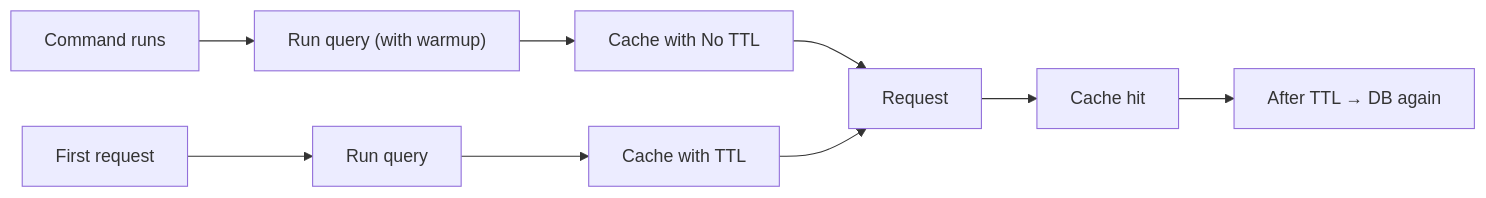
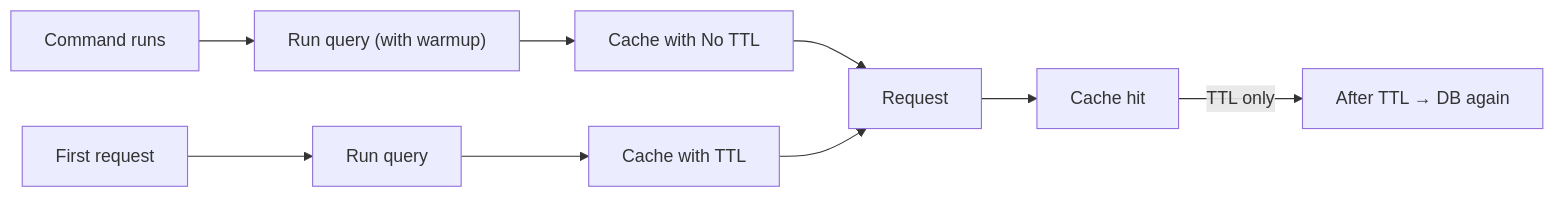
The diagram in README.md (CodeWithDennis/laravel-model-cache), drawn with Mermaid before and after one commit. The commit also changed other lines of this file, not shown here.

Commit message:
README: label F as TTL only, update caption

````diff
--- a/README.md
+++ b/README.md
@@ -38,11 +38,11 @@
 ```mermaid
 flowchart LR
   A1[Command runs] --> B1["Run query (with warmup)"]
   B1 --> C1[Cache with No TTL]
   C1 --> D[Request]
   A2[First request] --> B2[Run query]
   B2 --> C2[Cache with TTL]
   C2 --> D
   D --> E[Cache hit]
-  E --> F["After TTL → DB again"]
+  E -->|TTL only| F["After TTL → DB again"]
 ```
````
